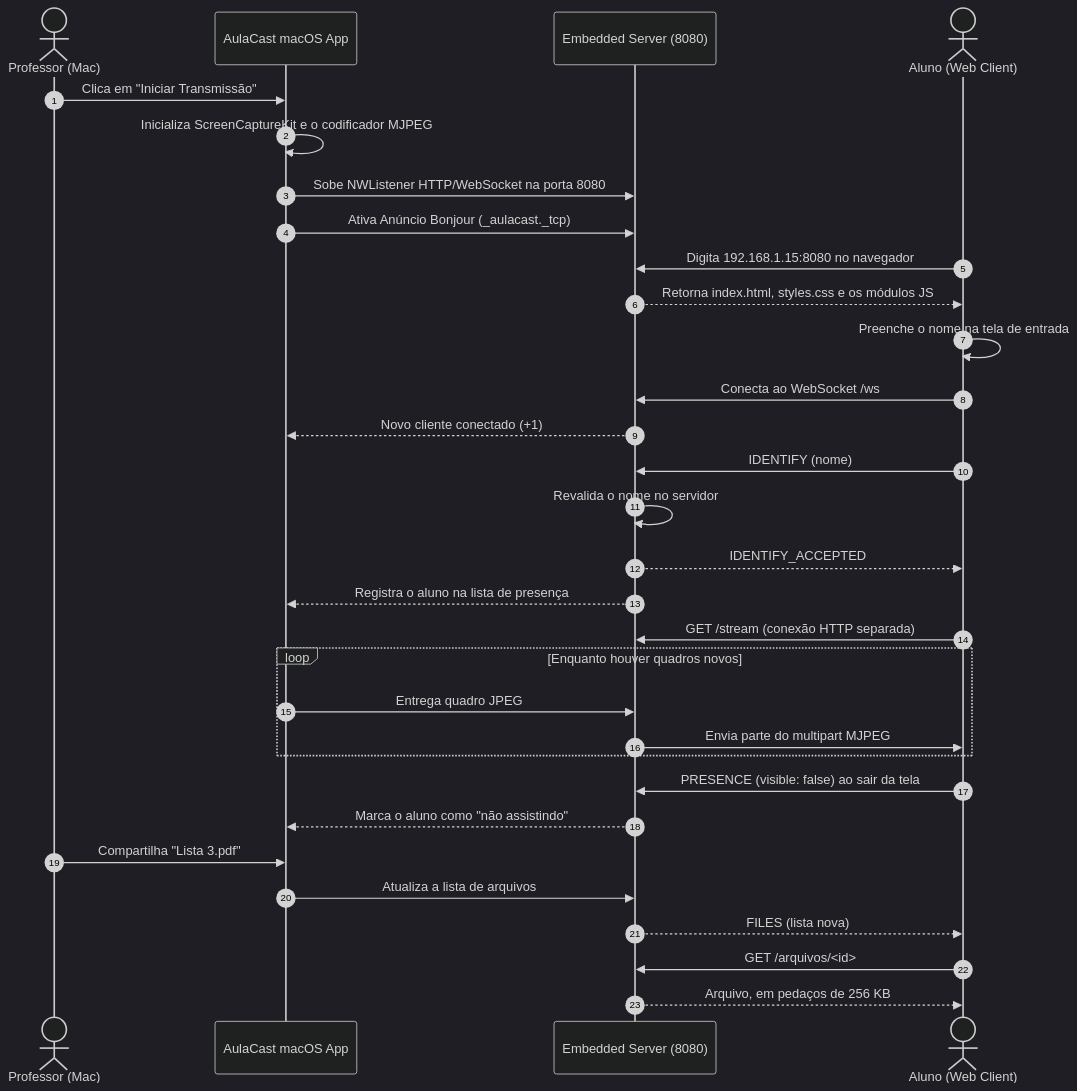
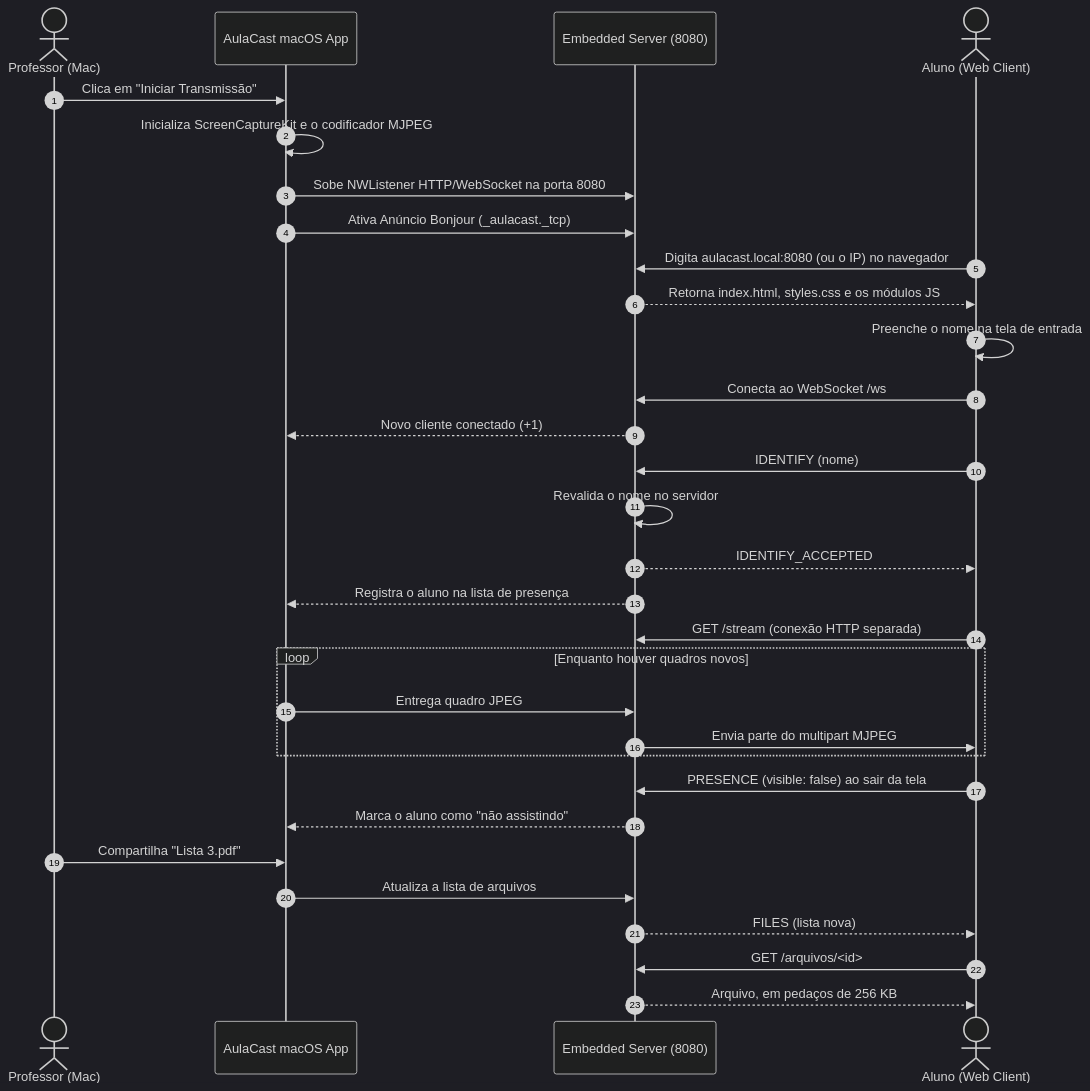
The second of 2 diagrams in docs/04-arquitetura-e-design.md (watusalen/aulacast), drawn with Mermaid (dark theme) before and after one commit. The commit also changed other lines of this file and 12 other files, not shown here.

First line of the commit message:
docs: sync requirements and architecture with main, add index, ADR-001..003 and patterns (RF-17/18/19, RNF-10, UC-09, US-11..13)

````diff
--- a/docs/04-arquitetura-e-design.md
+++ b/docs/04-arquitetura-e-design.md
@@ -210,38 +233,38 @@
 ```mermaid
 sequenceDiagram
     autonumber
     actor Prof as Professor (Mac)
     participant App as AulaCast macOS App
     participant Net as Embedded Server (8080)
     actor Aluno as Aluno (Web Client)
 
     Prof->>App: Clica em "Iniciar Transmissão"
     App->>App: Inicializa ScreenCaptureKit e o codificador MJPEG
     App->>Net: Sobe NWListener HTTP/WebSocket na porta 8080
     App->>Net: Ativa Anúncio Bonjour (_aulacast._tcp)
 
-    Aluno->>Net: Digita 192.168.1.15:8080 no navegador
+    Aluno->>Net: Digita aulacast.local:8080 (ou o IP) no navegador
     Net-->>Aluno: Retorna index.html, styles.css e os módulos JS
     Aluno->>Aluno: Preenche o nome na tela de entrada
     Aluno->>Net: Conecta ao WebSocket /ws
     Net-->>App: Novo cliente conectado (+1)
     Aluno->>Net: IDENTIFY (nome)
     Net->>Net: Revalida o nome no servidor
     Net-->>Aluno: IDENTIFY_ACCEPTED
     Net-->>App: Registra o aluno na lista de presença
 
     Aluno->>Net: GET /stream (conexão HTTP separada)
     loop Enquanto houver quadros novos
         App->>Net: Entrega quadro JPEG
         Net->>Aluno: Envia parte do multipart MJPEG
     end
 
     Aluno->>Net: PRESENCE (visible: false) ao sair da tela
     Net-->>App: Marca o aluno como "não assistindo"
 
     Prof->>App: Compartilha "Lista 3.pdf"
     App->>Net: Atualiza a lista de arquivos
     Net-->>Aluno: FILES (lista nova)
     Aluno->>Net: GET /arquivos/<id>
     Net-->>Aluno: Arquivo, em pedaços de 256 KB
 ```
````
